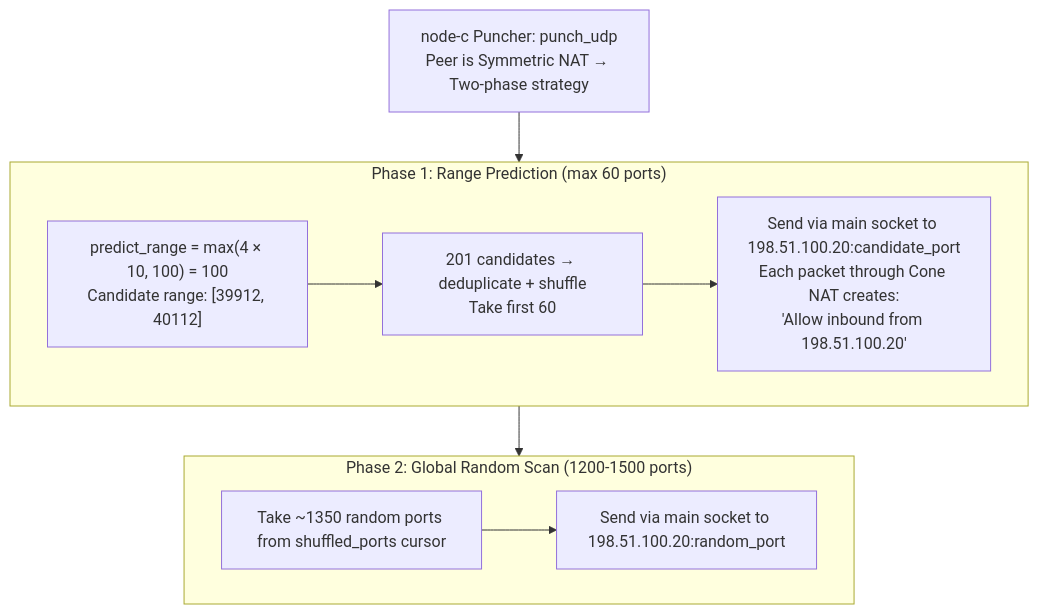
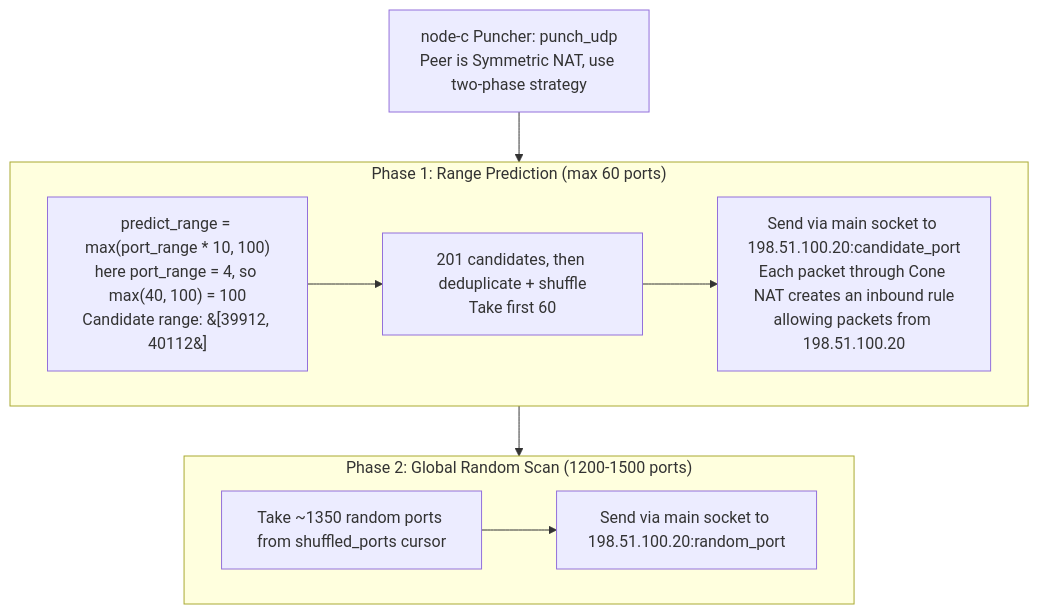
One commit to rustp2p/rustp2p changed diagram 18 of 27 in docs/nat-punch-principles.md. Above: the diagram before and after it, drawn with Mermaid. The commit also changed other lines of this file, not shown here.

First line of the commit message:
docs: 修正 nat-punch-principles 中 Mermaid 连线语法渲染错误 (#24)

````diff
--- a/docs/nat-punch-principles.md
+++ b/docs/nat-punch-principles.md
@@ -592,21 +592,21 @@
 ```mermaid
 flowchart TD
-    START["node-c Puncher: punch_udp<br/>Peer is Symmetric NAT → Two-phase strategy"]
+    START["node-c Puncher: punch_udp<br/>Peer is Symmetric NAT, use two-phase strategy"]
 
     subgraph P1["Phase 1: Range Prediction (max 60 ports)"]
-        P1A["predict_range = max(4 × 10, 100) = 100<br/>Candidate range: [39912, 40112]"]
-        P1B["201 candidates → deduplicate + shuffle<br/>Take first 60"]
-        P1C["Send via main socket to 198.51.100.20:candidate_port<br/>Each packet through Cone NAT creates:<br/>'Allow inbound from 198.51.100.20'"]
+        P1A["predict_range = max(port_range * 10, 100)<br/>here port_range = 4, so max(40, 100) = 100<br/>Candidate range: &#91;39912, 40112&#93;"]
+        P1B["201 candidates, then deduplicate + shuffle<br/>Take first 60"]
+        P1C["Send via main socket to 198.51.100.20:candidate_port<br/>Each packet through Cone NAT creates an inbound rule<br/>allowing packets from 198.51.100.20"]
         P1A --> P1B
         P1B --> P1C
     end
 
     subgraph P2["Phase 2: Global Random Scan (1200-1500 ports)"]
         P2A["Take ~1350 random ports from shuffled_ports cursor"]
         P2B["Send via main socket to 198.51.100.20:random_port"]
         P2A --> P2B
     end
 
     START --> P1
     P1 --> P2
 ```
````
